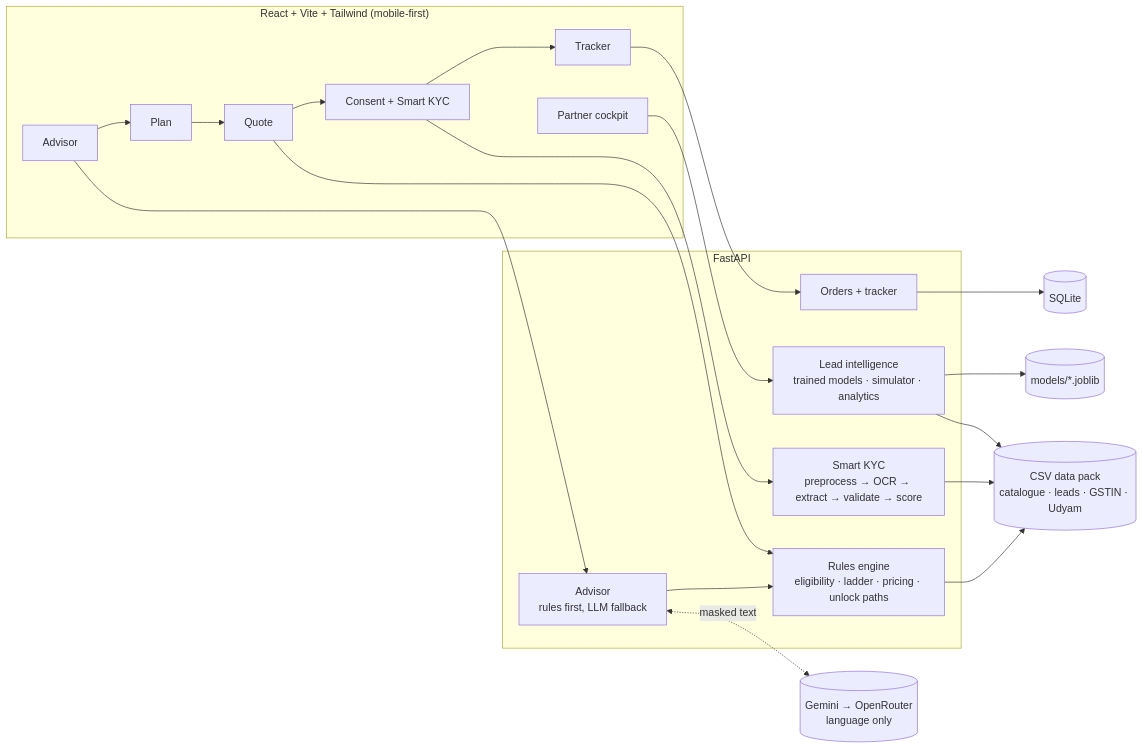
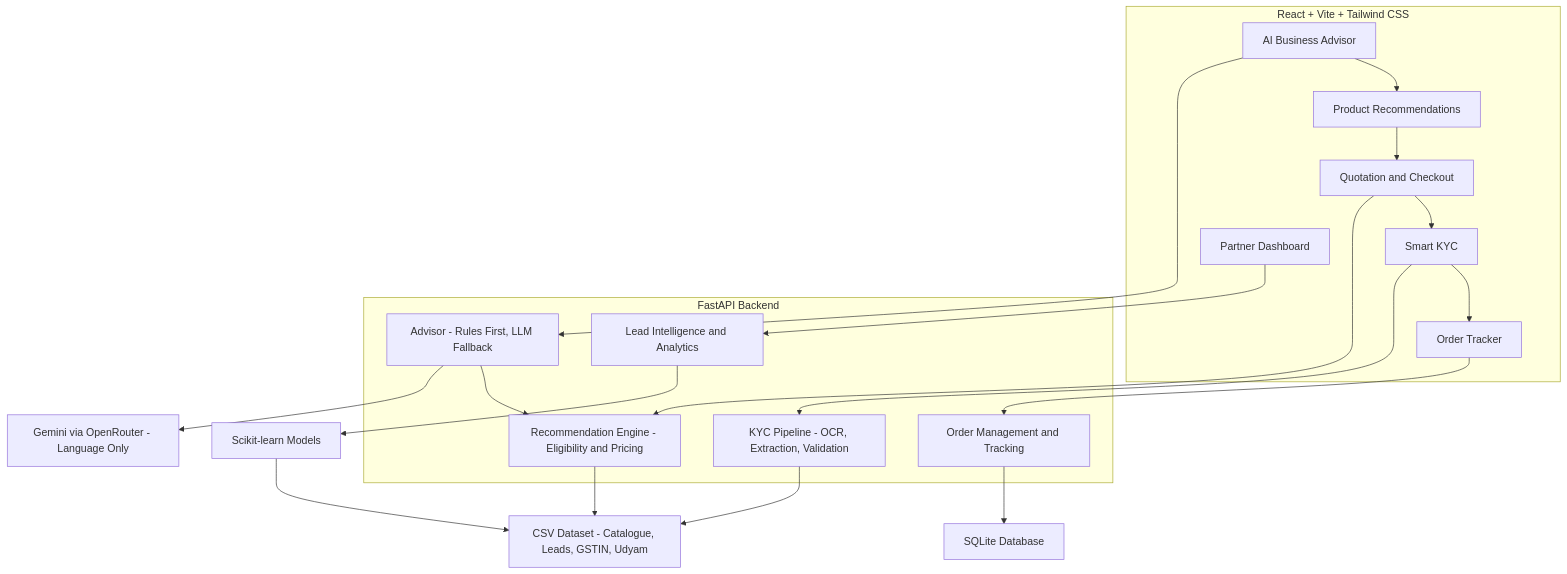
The diagram in README.md (vikramhls/airtel), drawn with Mermaid before and after one commit.

Commit message:
Update architecture diagram and tech stack in README

````diff
--- a/README.md
+++ b/README.md
@@ -64,25 +64,40 @@
 ```mermaid
-flowchart LR
-  subgraph UI["React + Vite + Tailwind (mobile-first)"]
-    A[Advisor] --> P[Plan] --> Q[Quote] --> K[Consent + Smart KYC] --> T[Tracker]
-    C[Partner cockpit]
-  end
-  subgraph API["FastAPI"]
-    ADV[Advisor<br/>rules first, LLM fallback]
-    ENG[Rules engine<br/>eligibility · ladder · pricing · unlock paths]
-    KYC[Smart KYC<br/>preprocess → OCR → extract → validate → score]
-    ORD[Orders + tracker]
-    LI[Lead intelligence<br/>trained models · simulator · analytics]
-  end
-  LLM[(Gemini → OpenRouter<br/>language only)]
-  CSV[(CSV data pack<br/>catalogue · leads · GSTIN · Udyam)]
-  DB[(SQLite)]
-  ML[(models/*.joblib)]
-  A --> ADV --> ENG --> CSV
-  ADV <-. masked text .-> LLM
-  K --> KYC --> CSV
-  Q --> ENG
-  T --> ORD --> DB
-  C --> LI --> ML
-  LI --> CSV
+
+flowchart TD
+    subgraph UI["React + Vite + Tailwind CSS"]
+        A["AI Business Advisor"]
+        P["Product Recommendations"]
+        Q["Quotation and Checkout"]
+        K["Smart KYC"]
+        T["Order Tracker"]
+        C["Partner Dashboard"]
+        A --> P --> Q --> K --> T
+    end
+
+    subgraph API["FastAPI Backend"]
+        ADV["Advisor - Rules First, LLM Fallback"]
+        ENG["Recommendation Engine - Eligibility and Pricing"]
+        KYC["KYC Pipeline - OCR, Extraction, Validation"]
+        ORD["Order Management and Tracking"]
+        LI["Lead Intelligence and Analytics"]
+    end
+
+    LLM["Gemini via OpenRouter - Language Only"]
+    CSV["CSV Dataset - Catalogue, Leads, GSTIN, Udyam"]
+    DB["SQLite Database"]
+    ML["Scikit-learn Models"]
+
+    A --> ADV
+    ADV --> ENG
+    ADV --> LLM
+    ENG --> CSV
+    Q --> ENG
+    K --> KYC
+    KYC --> CSV
+    T --> ORD
+    ORD --> DB
+    C --> LI
+    LI --> ML
+    ML --> CSV
+
 ```
````
